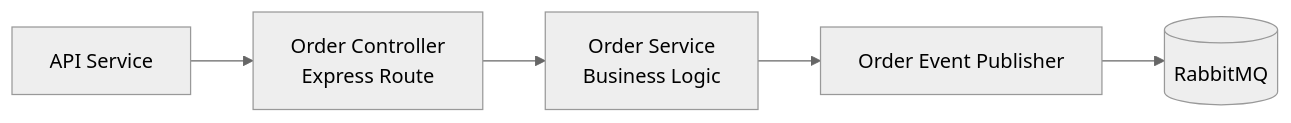
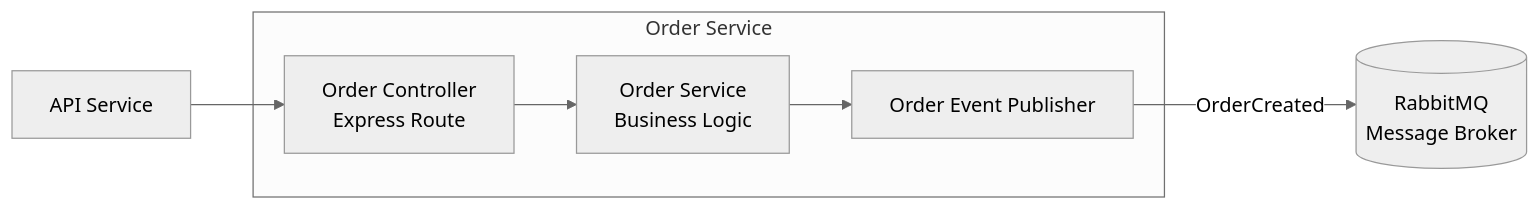
One commit to victorgianvechio/microservices-demo changed the diagram in docs/architecture/c4-component-order-service.md. Above: the diagram before and after it, drawn with Mermaid (neutral theme). The commit also changed 11 other files, not shown here.

````diff
--- a/docs/architecture/c4-component-order-service.md
+++ b/docs/architecture/c4-component-order-service.md
@@ -8,21 +8,22 @@
 ```mermaid
 flowchart LR
 
 Client[API Service]
 
-Controller[Order Controller<br>Express Route]
+subgraph Order Service
 
-Service[Order Service<br>Business Logic]
+OrderController[Order Controller<br>Express Route]
 
-Publisher[Order Event Publisher]
+OrderService[Order Service<br>Business Logic]
 
-Rabbit[(RabbitMQ)]
+OrderEventPublisher[Order Event Publisher]
 
-Client --> Controller
+end
 
-Controller --> Service
+Rabbit[(RabbitMQ<br>Message Broker)]
 
-Service --> Publisher
-
-Publisher --> Rabbit
+Client --> OrderController
+OrderController --> OrderService
+OrderService --> OrderEventPublisher
+OrderEventPublisher -->|OrderCreated| Rabbit
 ```
````
